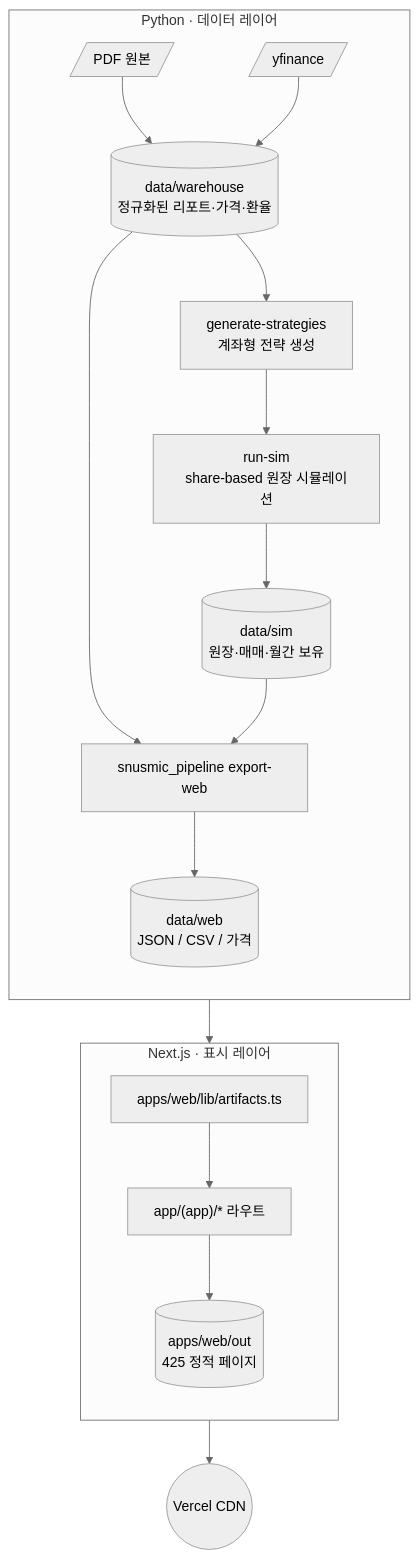
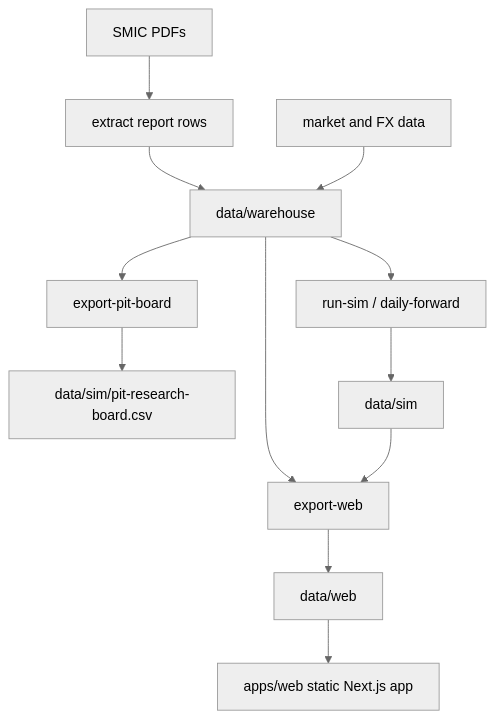
One commit to choiinyeol/snusmic-portfolio-lab changed the diagram in README.md. Above: the diagram before and after it, drawn with Mermaid (neutral theme). The commit also changed other lines of this file and 123 other files, not shown here.

First line of the commit message:
Constrain the pipeline to PIT account research

````diff
--- a/README.md
+++ b/README.md
@@ -76,21 +87,14 @@
 ```mermaid
 flowchart TB
-  subgraph py["Python · 데이터 레이어"]
-    direction TB
-    PDF[/PDF 원본/] --> Warehouse[(data/warehouse<br/>정규화된 리포트·가격·환율)]
-    YF[/yfinance/] --> Warehouse
-    Warehouse --> Strategy[generate-strategies<br/>계좌형 전략 생성]
-    Strategy --> Sim[run-sim<br/>share-based 원장 시뮬레이션]
-    Sim --> SimOut[(data/sim<br/>원장·매매·월간 보유)]
-    Warehouse --> Export[snusmic_pipeline export-web]
-    SimOut --> Export
-    Export --> WebData[(data/web<br/>JSON / CSV / 가격)]
-  end
-  subgraph next["Next.js · 표시 레이어"]
-    direction TB
-    WebData --> Reader[apps/web/lib/artifacts.ts]
-    Reader --> Pages["app/(app)/* 라우트"]
-    Pages --> StaticOut[(apps/web/out<br/>425 정적 페이지)]
-  end
-  StaticOut --> Vercel((Vercel CDN))
+  PDFs["SMIC PDFs"] --> Extract["extract report rows"]
+  Extract --> Warehouse["data/warehouse"]
+  Prices["market and FX data"] --> Warehouse
+  Warehouse --> Pit["export-pit-board"]
+  Pit --> PitCsv["data/sim/pit-research-board.csv"]
+  Warehouse --> Sim["run-sim / daily-forward"]
+  Sim --> SimArtifacts["data/sim"]
+  Warehouse --> WebExport["export-web"]
+  SimArtifacts --> WebExport
+  WebExport --> WebData["data/web"]
+  WebData --> Next["apps/web static Next.js app"]
 ```
````
